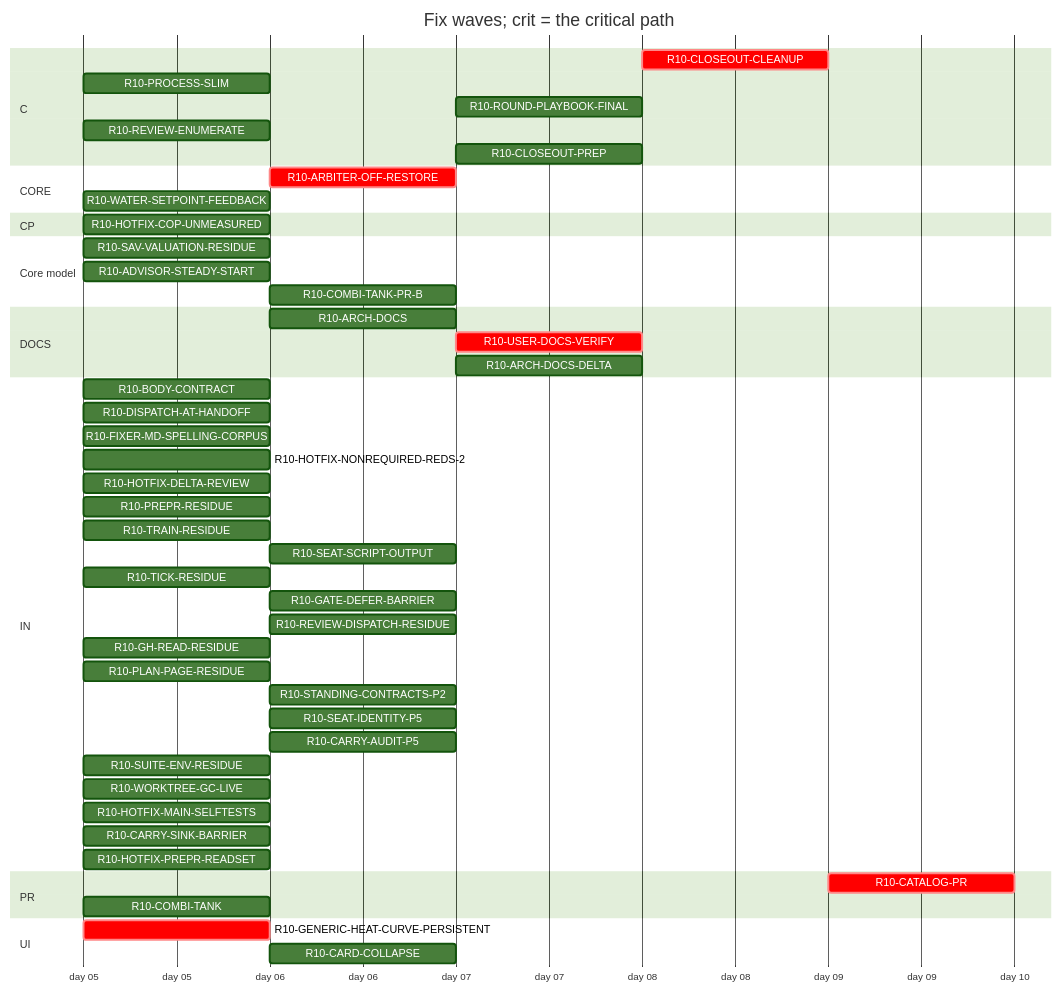
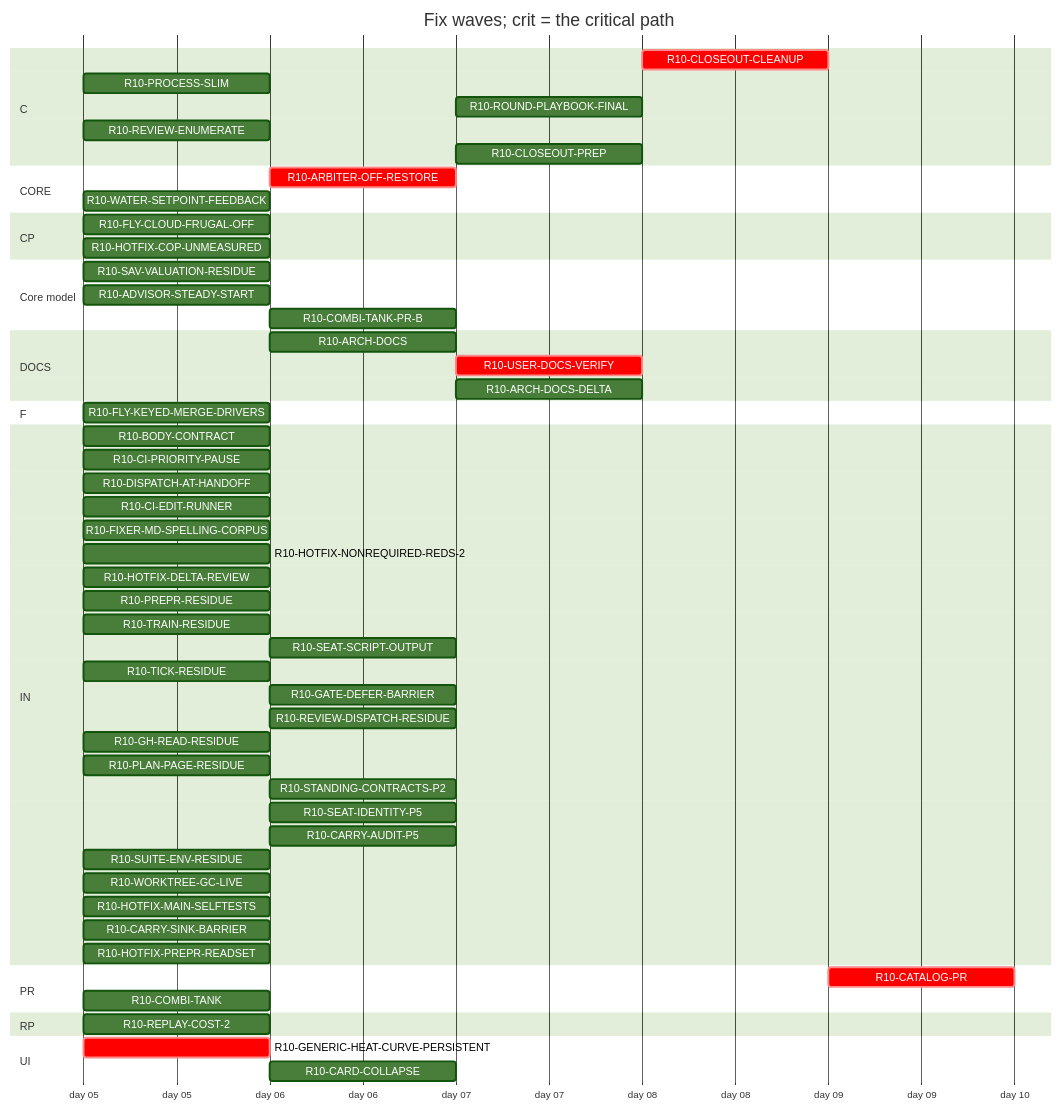
The diagram in handoff/round10/state/PLAN-TABLE.md (tvofi/heatpump_optimizer), drawn with Mermaid (forest theme) before and after one commit. The commit also changed other lines of this file and 3 other files, not shown here.

Commit message:
state: FLOW-BOARD.md, NEXT-SESSION-PROMPT.md, PLAN-TABLE.md, RESUME-CURRENT.md regenerated (state_docs.py)

````diff
--- a/handoff/round10/state/PLAN-TABLE.md
+++ b/handoff/round10/state/PLAN-TABLE.md
@@ -21,53 +23,60 @@
 ```mermaid
 gantt
   title Fix waves; crit = the critical path
   dateFormat YYYY-MM-DD
   axisFormat day %d
   section C
     R10-CLOSEOUT-CLEANUP :crit, r10CLOSEOUTCLEANUP, after r10ARCHDOCS r10USERDOCSVERIFY r10ROUNDPLAYBOOKFINAL r10CLOSEOUTPREP r10ARCHDOCSDELTA, 1d
     R10-PROCESS-SLIM :r10PROCESSSLIM, 2026-01-05, 1d
     R10-ROUND-PLAYBOOK-FINAL :r10ROUNDPLAYBOOKFINAL, after r10DISPATCHATHANDOFF r10BODYCONTRACT r10PROCESSSLIM r10FIXERMDSPELLINGCORPUS r10PREPRRESIDUE r10SEATSCRIPTOUTPUT r10REVIEWDISPATCHRESIDUE r10CARRYAUDITP5 r10TICKRESIDUE r10SEATIDENTITYP5 r10STANDINGCONTRACTSP2 r10PLANPAGERESIDUE r10TRAINRESIDUE r10GHREADRESIDUE r10SUITEENVRESIDUE r10GATEDEFERBARRIER r10WORKTREEGCLIVE, 1d
     R10-REVIEW-ENUMERATE :r10REVIEWENUMERATE, 2026-01-05, 1d
     R10-CLOSEOUT-PREP :r10CLOSEOUTPREP, after r10ARCHDOCS r10DISPATCHATHANDOFF r10BODYCONTRACT r10PROCESSSLIM r10FIXERMDSPELLINGCORPUS r10PREPRRESIDUE r10SEATSCRIPTOUTPUT r10REVIEWDISPATCHRESIDUE r10CARRYAUDITP5 r10TICKRESIDUE r10SEATIDENTITYP5 r10STANDINGCONTRACTSP2 r10PLANPAGERESIDUE r10TRAINRESIDUE r10GHREADRESIDUE r10SUITEENVRESIDUE r10GATEDEFERBARRIER r10WORKTREEGCLIVE, 1d
   section CORE
     R10-ARBITER-OFF-RESTORE :crit, r10ARBITEROFFRESTORE, after r10GENERICHEATCURVEPERSISTENT r10WATERSETPOINTFEEDBACK, 1d
     R10-WATER-SETPOINT-FEEDBACK :r10WATERSETPOINTFEEDBACK, 2026-01-05, 1d
   section CP
+    R10-FLY-CLOUD-FRUGAL-OFF :r10FLYCLOUDFRUGALOFF, 2026-01-05, 1d
     R10-HOTFIX-COP-UNMEASURED :r10HOTFIXCOPUNMEASURED, 2026-01-05, 1d
   section Core model
     R10-SAV-VALUATION-RESIDUE :r10SAVVALUATIONRESIDUE, 2026-01-05, 1d
     R10-ADVISOR-STEADY-START :r10ADVISORSTEADYSTART, 2026-01-05, 1d
     R10-COMBI-TANK-PR-B :r10COMBITANKPRB, after r10COMBITANK, 1d
   section DOCS
     R10-ARCH-DOCS :r10ARCHDOCS, after r10DISPATCHATHANDOFF r10BODYCONTRACT r10PROCESSSLIM, 1d
     R10-USER-DOCS-VERIFY :crit, r10USERDOCSVERIFY, after r10HOTFIXCOPUNMEASURED r10GENERICHEATCURVEPERSISTENT r10ARBITEROFFRESTORE r10COMBITANK, 1d
     R10-ARCH-DOCS-DELTA :r10ARCHDOCSDELTA, after r10ARCHDOCS r10HOTFIXCOPUNMEASURED r10GENERICHEATCURVEPERSISTENT r10ARBITEROFFRESTORE r10COMBITANK r10SAVVALUATIONRESIDUE r10ADVISORSTEADYSTART r10COMBITANKPRB, 1d
+  section F
+    R10-FLY-KEYED-MERGE-DRIVERS :r10FLYKEYEDMERGEDRIVERS, 2026-01-05, 1d
   section IN
     R10-BODY-CONTRACT :r10BODYCONTRACT, 2026-01-05, 1d
+    R10-CI-PRIORITY-PAUSE :r10CIPRIORITYPAUSE, 2026-01-05, 1d
     R10-DISPATCH-AT-HANDOFF :r10DISPATCHATHANDOFF, 2026-01-05, 1d
+    R10-CI-EDIT-RUNNER :r10CIEDITRUNNER, 2026-01-05, 1d
     R10-FIXER-MD-SPELLING-CORPUS :r10FIXERMDSPELLINGCORPUS, 2026-01-05, 1d
     R10-HOTFIX-NONREQUIRED-REDS-2 :r10HOTFIXNONREQUIREDREDS2, 2026-01-05, 1d
     R10-HOTFIX-DELTA-REVIEW :r10HOTFIXDELTAREVIEW, 2026-01-05, 1d
     R10-PREPR-RESIDUE :r10PREPRRESIDUE, 2026-01-05, 1d
     R10-TRAIN-RESIDUE :r10TRAINRESIDUE, 2026-01-05, 1d
     R10-SEAT-SCRIPT-OUTPUT :r10SEATSCRIPTOUTPUT, after r10TRAINRESIDUE, 1d
     R10-TICK-RESIDUE :r10TICKRESIDUE, 2026-01-05, 1d
     R10-GATE-DEFER-BARRIER :r10GATEDEFERBARRIER, after r10TRAINRESIDUE r10TICKRESIDUE, 1d
     R10-REVIEW-DISPATCH-RESIDUE :r10REVIEWDISPATCHRESIDUE, after r10DISPATCHATHANDOFF r10REVIEWENUMERATE r10HOTFIXDELTAREVIEW r10PROCESSSLIM, 1d
     R10-GH-READ-RESIDUE :r10GHREADRESIDUE, 2026-01-05, 1d
     R10-PLAN-PAGE-RESIDUE :r10PLANPAGERESIDUE, 2026-01-05, 1d
     R10-STANDING-CONTRACTS-P2 :r10STANDINGCONTRACTSP2, after r10FIXERMDSPELLINGCORPUS, 1d
     R10-SEAT-IDENTITY-P5 :r10SEATIDENTITYP5, after r10TICKRESIDUE, 1d
     R10-CARRY-AUDIT-P5 :r10CARRYAUDITP5, after r10BODYCONTRACT, 1d
     R10-SUITE-ENV-RESIDUE :r10SUITEENVRESIDUE, 2026-01-05, 1d
     R10-WORKTREE-GC-LIVE :r10WORKTREEGCLIVE, 2026-01-05, 1d
     R10-HOTFIX-MAIN-SELFTESTS :r10HOTFIXMAINSELFTESTS, 2026-01-05, 1d
     R10-CARRY-SINK-BARRIER :r10CARRYSINKBARRIER, 2026-01-05, 1d
     R10-HOTFIX-PREPR-READSET :r10HOTFIXPREPRREADSET, 2026-01-05, 1d
   section PR
     R10-CATALOG-PR :crit, r10CATALOGPR, after r10USERDOCSVERIFY r10ARCHDOCS r10ROUNDPLAYBOOKFINAL r10CLOSEOUTCLEANUP r10CLOSEOUTPREP r10ARCHDOCSDELTA, 1d
     R10-COMBI-TANK :r10COMBITANK, 2026-01-05, 1d
+  section RP
+    R10-REPLAY-COST-2 :r10REPLAYCOST2, 2026-01-05, 1d
   section UI
     R10-GENERIC-HEAT-CURVE-PERSISTENT :crit, r10GENERICHEATCURVEPERSISTENT, 2026-01-05, 1d
     R10-CARD-COLLAPSE :r10CARDCOLLAPSE, after r10HOTFIXCOPUNMEASURED, 1d
 ```
````
